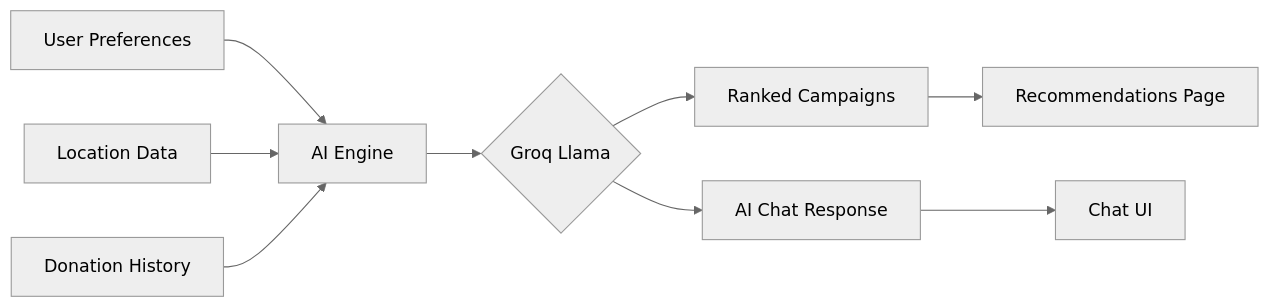
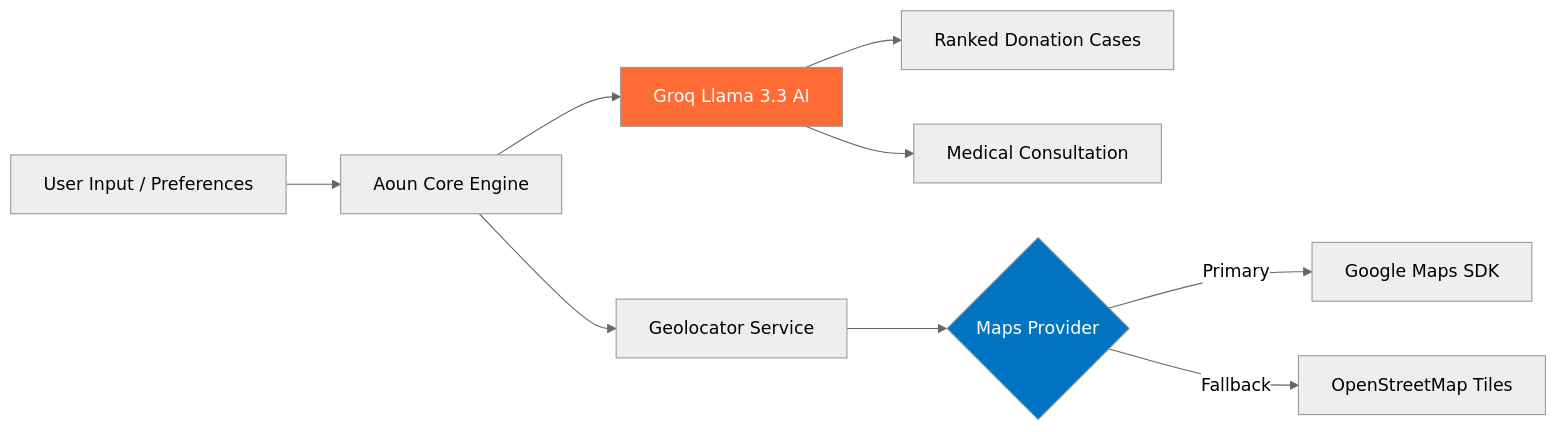
Before and after one commit to Ahm3dmohamed/aoun: the second of 2 diagrams in README.md, drawn with Mermaid (neutral theme). The commit also changed other lines of this file, not shown here.

````diff
--- a/README.md
+++ b/README.md
@@ -214,11 +151,15 @@
 ```mermaid
 flowchart LR
-    A[User Preferences] --> B[AI Engine]
-    C[Location Data] --> B
-    D[Donation History] --> B
-    B --> E{Groq Llama}
-    E --> F[Ranked Campaigns]
-    E --> G[AI Chat Response]
-    F --> H[Recommendations Page]
-    G --> I[Chat UI]
+    User[User Input / Preferences] --> Engine[Aoun Core Engine]
+    Engine --> Groq[Groq Llama 3.3 AI]
+    Groq --> Recs[Ranked Donation Cases]
+    Groq --> Chat[Medical Consultation]
+
+    Engine --> Location[Geolocator Service]
+    Location --> MapService{Maps Provider}
+    MapService -->|Primary| GMap[Google Maps SDK]
+    MapService -->|Fallback| OSM[OpenStreetMap Tiles]
+
+    style Groq fill:#FF6B35,color:#fff
+    style MapService fill:#0175C2,color:#fff
 ```
````
